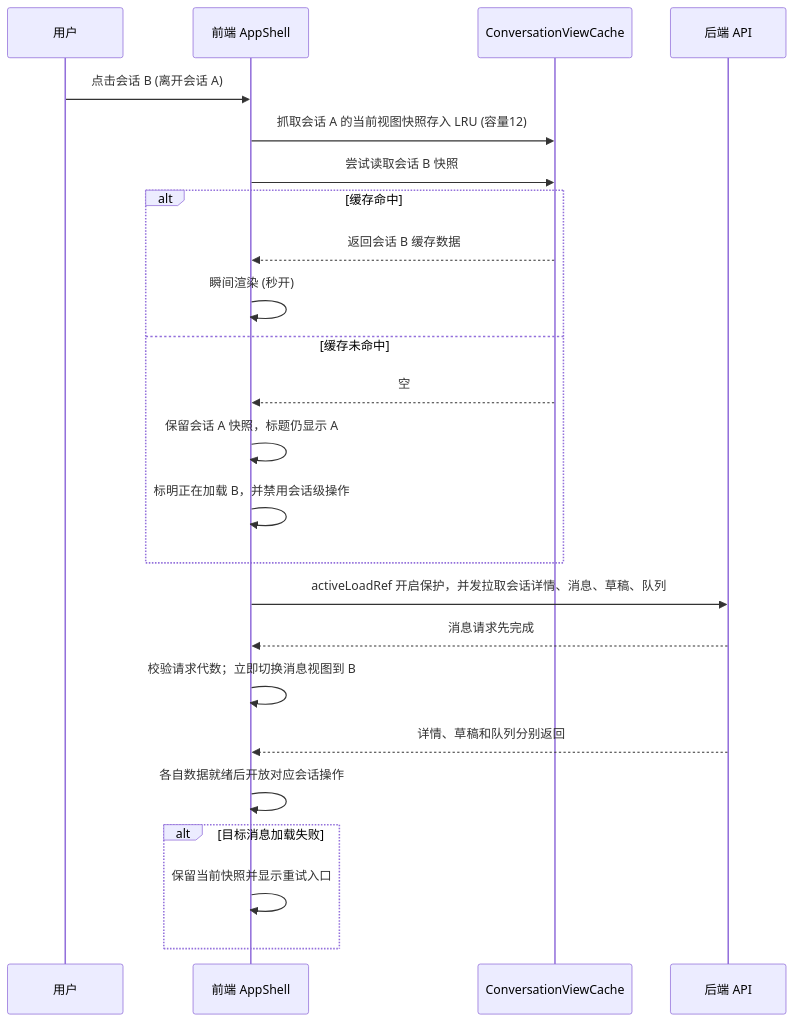
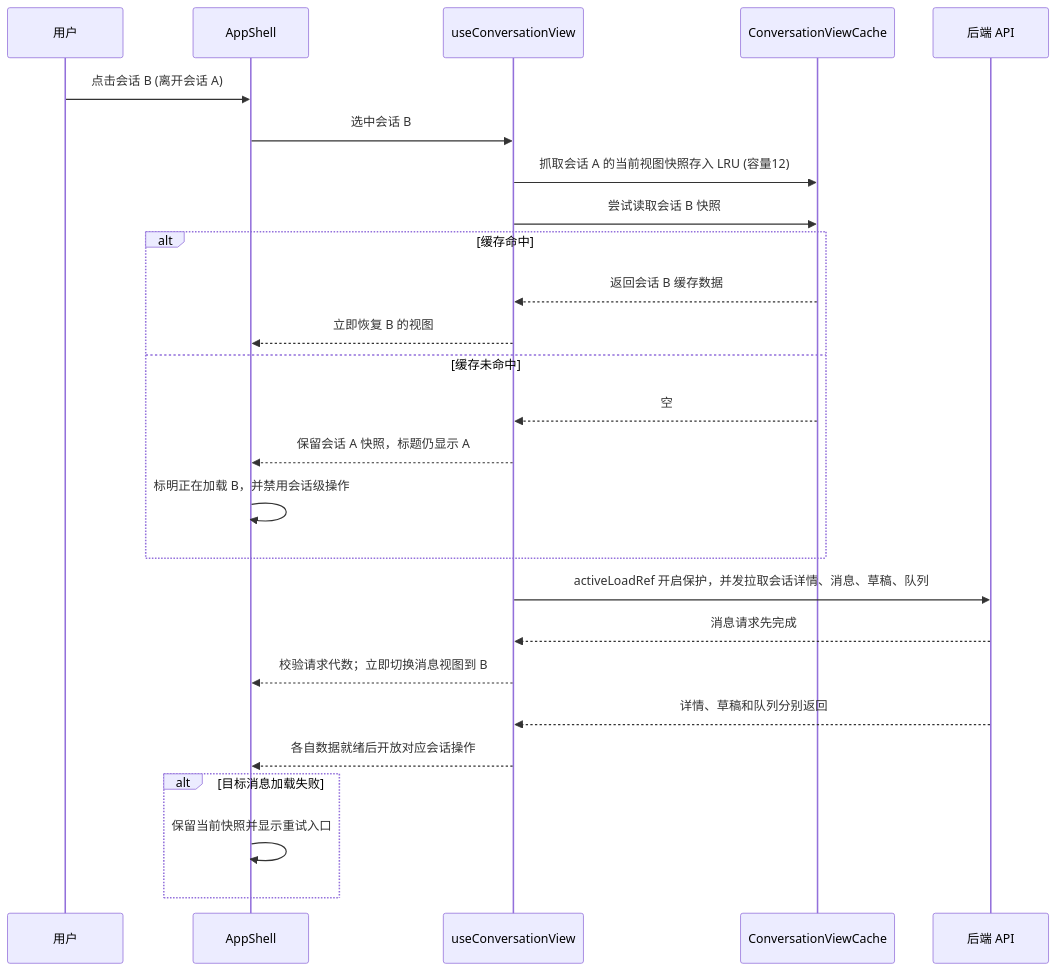
Before and after one commit to ermu03/emu-chat: the third of 7 diagrams in docs/07-data-flow.md, drawn with Mermaid. The commit also changed other lines of this file and 11 other files, not shown here.

Commit message:
refactor(client): split AppShell state and effects into hooks.

````diff
--- a/docs/07-data-flow.md
+++ b/docs/07-data-flow.md
@@ -68,29 +76,31 @@
 ```mermaid
 sequenceDiagram
     participant User as 用户
-    participant AppShell as 前端 AppShell
+    participant AppShell as AppShell
+    participant View as useConversationView
     participant Cache as ConversationViewCache
     participant API as 后端 API
 
     User->>AppShell: 点击会话 B (离开会话 A)
-    AppShell->>Cache: 抓取会话 A 的当前视图快照存入 LRU (容量12)
-    AppShell->>Cache: 尝试读取会话 B 快照
+    AppShell->>View: 选中会话 B
+    View->>Cache: 抓取会话 A 的当前视图快照存入 LRU (容量12)
+    View->>Cache: 尝试读取会话 B 快照
     
     alt 缓存命中
-        Cache-->>AppShell: 返回会话 B 缓存数据
-        AppShell->>AppShell: 瞬间渲染 (秒开)
+        Cache-->>View: 返回会话 B 缓存数据
+        View-->>AppShell: 立即恢复 B 的视图
     else 缓存未命中
-        Cache-->>AppShell: 空
-        AppShell->>AppShell: 保留会话 A 快照，标题仍显示 A
+        Cache-->>View: 空
+        View-->>AppShell: 保留会话 A 快照，标题仍显示 A
         AppShell->>AppShell: 标明正在加载 B，并禁用会话级操作
     end
 
-    AppShell->>API: activeLoadRef 开启保护，并发拉取会话详情、消息、草稿、队列
-    API-->>AppShell: 消息请求先完成
-    AppShell->>AppShell: 校验请求代数；立即切换消息视图到 B
-    API-->>AppShell: 详情、草稿和队列分别返回
-    AppShell->>AppShell: 各自数据就绪后开放对应会话操作
+    View->>API: activeLoadRef 开启保护，并发拉取会话详情、消息、草稿、队列
+    API-->>View: 消息请求先完成
+    View-->>AppShell: 校验请求代数；立即切换消息视图到 B
+    API-->>View: 详情、草稿和队列分别返回
+    View-->>AppShell: 各自数据就绪后开放对应会话操作
     alt 目标消息加载失败
         AppShell->>AppShell: 保留当前快照并显示重试入口
     end
 ```
````
